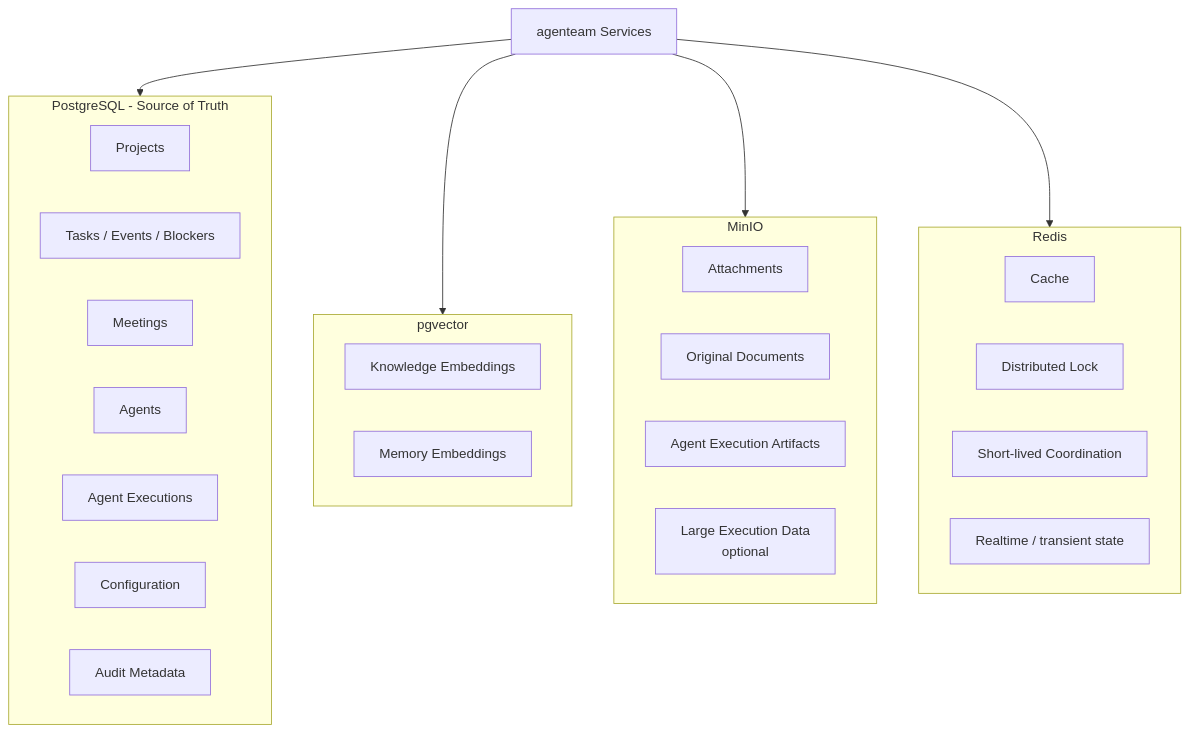
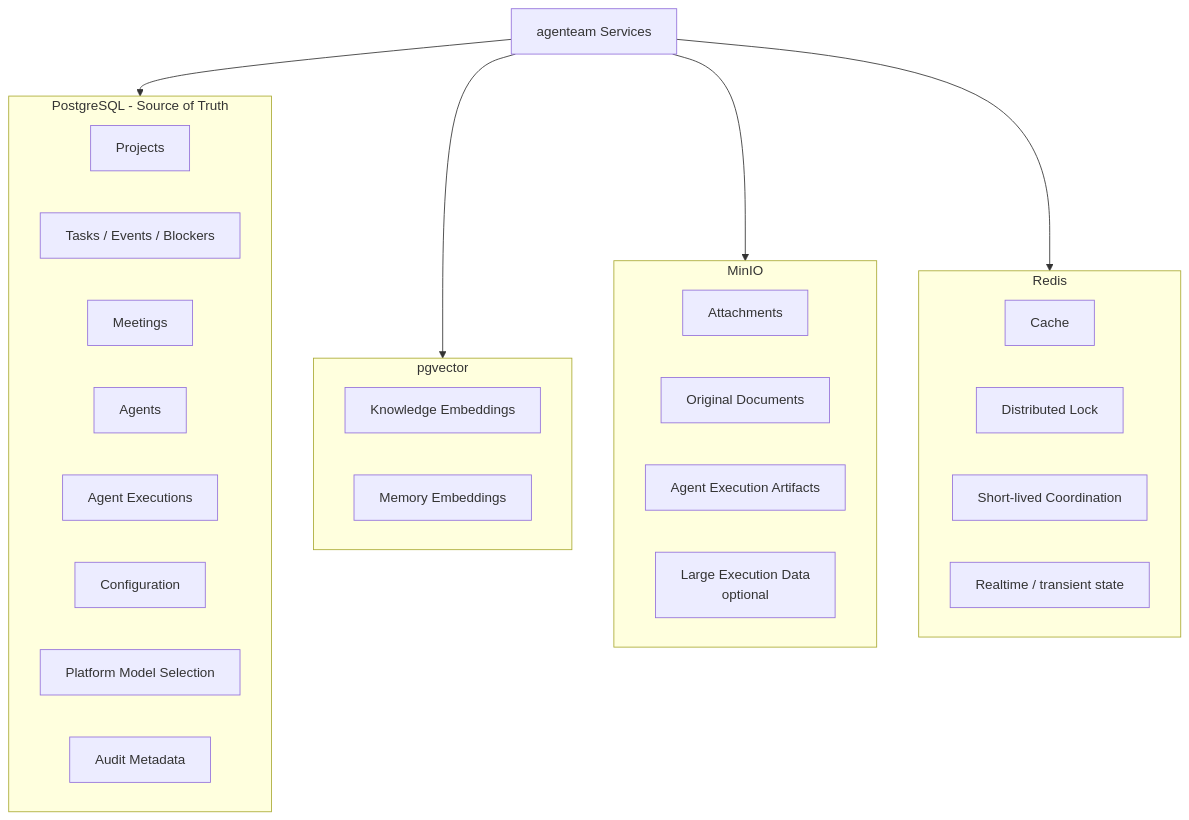
The first of 4 diagrams in docs/architecture/platform-infrastructure.md (LunaDeerTech/agenteam), drawn with Mermaid before and after one commit. The commit also changed other lines of this file and 7 other files, not shown here.

````diff
--- a/docs/architecture/platform-infrastructure.md
+++ b/docs/architecture/platform-infrastructure.md
@@ -61,38 +99,39 @@
 ```mermaid
 flowchart TB
     Services["agenteam Services"]
 
     subgraph PG["PostgreSQL - Source of Truth"]
         Project["Projects"]
         Tasks["Tasks / Events / Blockers"]
         Meetings["Meetings"]
         Agents["Agents"]
         AgentExecution["Agent Executions"]
         Config["Configuration"]
+        ModelSelection["Platform Model Selection"]
         Audit["Audit Metadata"]
     end
 
     subgraph Vec["pgvector"]
         DocVec["Knowledge Embeddings"]
         MemoryVec["Memory Embeddings"]
     end
 
     subgraph Object["MinIO"]
         Attach["Attachments"]
         Docs["Original Documents"]
         Artifact["Agent Execution Artifacts"]
         LargeLogs["Large Execution Data<br/>optional"]
     end
 
     subgraph Cache["Redis"]
         CacheData["Cache"]
         Lock["Distributed Lock"]
         Lease["Short-lived Coordination"]
         Realtime["Realtime / transient state"]
     end
 
     Services --> PG
     Services --> Vec
     Services --> Object
     Services --> Cache
 ```
````
